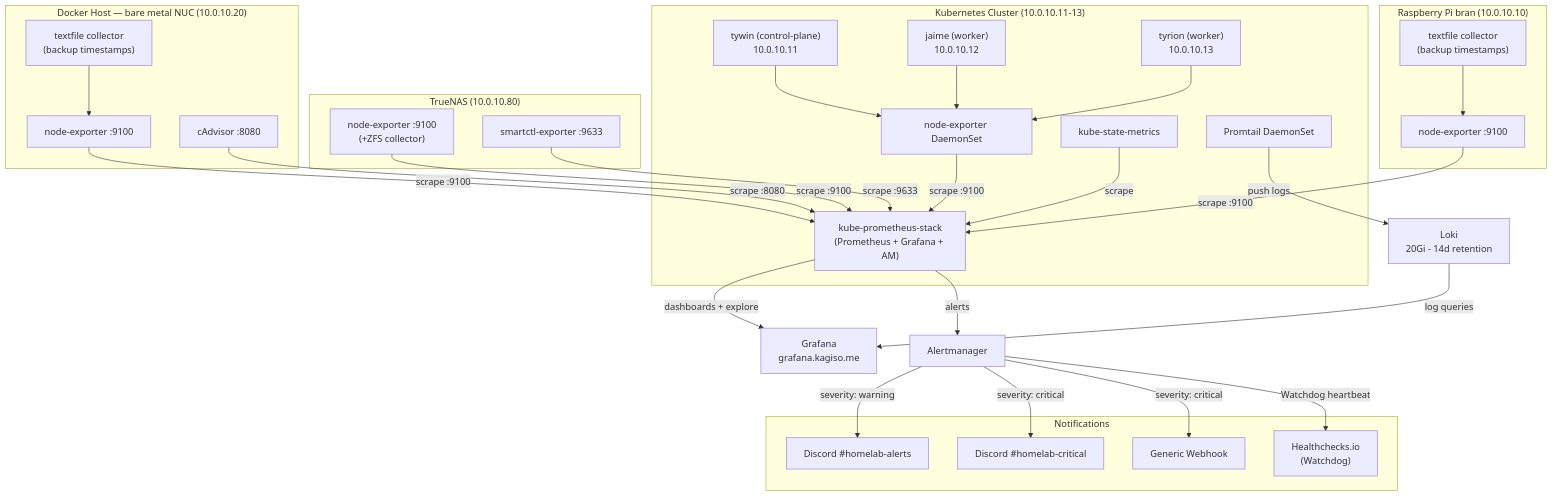
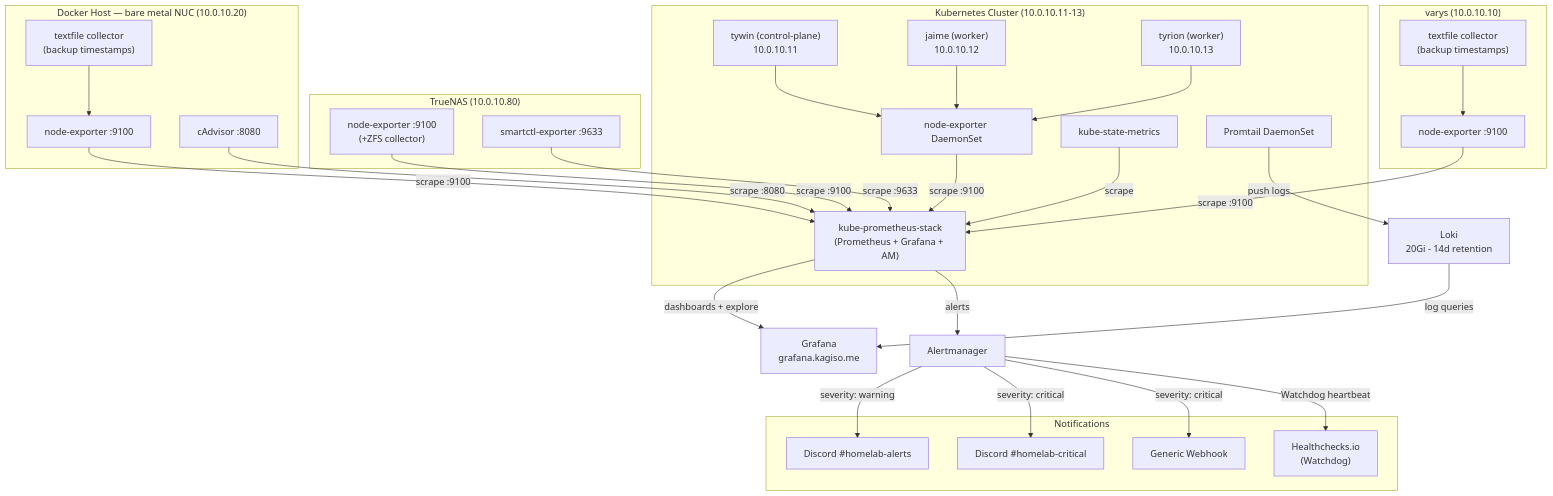
The diagram in docs/guides/09-Monitoring-Observability.md (Kagiso-me/homelab-infrastructure), drawn with Mermaid before and after one commit. The commit also changed other lines of this file and 33 other files, not shown here.

````diff
--- a/docs/guides/09-Monitoring-Observability.md
+++ b/docs/guides/09-Monitoring-Observability.md
@@ -80,62 +80,62 @@
 ```mermaid
 graph TD
     subgraph k8s["Kubernetes Cluster (10.0.10.11-13)"]
         tywin["tywin (control-plane)\n10.0.10.11"]
         jaime["jaime (worker)\n10.0.10.12"]
         tyrion["tyrion (worker)\n10.0.10.13"]
         ne_k8s["node-exporter DaemonSet"]
         ksm["kube-state-metrics"]
         promtail["Promtail DaemonSet"]
         prom_stack["kube-prometheus-stack\n(Prometheus + Grafana + AM)"]
     end
 
     subgraph docker["Docker Host — bare metal NUC (10.0.10.20)"]
         ne_docker["node-exporter :9100"]
         cadvisor["cAdvisor :8080"]
         backup_txt["textfile collector\n(backup timestamps)"]
     end
 
     subgraph truenas["TrueNAS (10.0.10.80)"]
         ne_truenas["node-exporter :9100\n(+ZFS collector)"]
         smartctl["smartctl-exporter :9633"]
     end
 
-    subgraph rpi["Raspberry Pi bran (10.0.10.10)"]
-        ne_rpi["node-exporter :9100"]
-        rpi_txt["textfile collector\n(backup timestamps)"]
+    subgraph varys_box["varys (10.0.10.10)"]
+        ne_varys["node-exporter :9100"]
+        varys_txt["textfile collector\n(backup timestamps)"]
     end
 
     subgraph notify["Notifications"]
         discord_warn["Discord #homelab-alerts"]
         discord_crit["Discord #homelab-critical"]
         webhook["Generic Webhook"]
         hcio["Healthchecks.io\n(Watchdog)"]
     end
 
     tywin --> ne_k8s
     jaime --> ne_k8s
     tyrion --> ne_k8s
 
     ne_k8s -->|scrape :9100| prom_stack
     ksm -->|scrape| prom_stack
     promtail -->|push logs| loki["Loki\n20Gi - 14d retention"]
 
     ne_docker -->|scrape :9100| prom_stack
     cadvisor -->|scrape :8080| prom_stack
     backup_txt --> ne_docker
 
     ne_truenas -->|scrape :9100| prom_stack
     smartctl -->|scrape :9633| prom_stack
 
-    ne_rpi -->|scrape :9100| prom_stack
-    rpi_txt --> ne_rpi
+    ne_varys -->|scrape :9100| prom_stack
+    varys_txt --> ne_varys
 
     prom_stack -->|dashboards + explore| grafana["Grafana\ngrafana.kagiso.me"]
     loki -->|log queries| grafana
 
     prom_stack -->|alerts| am["Alertmanager"]
     am -->|severity: warning| discord_warn
     am -->|severity: critical| discord_crit
     am -->|severity: critical| webhook
     am -->|Watchdog heartbeat| hcio
 ```
````
